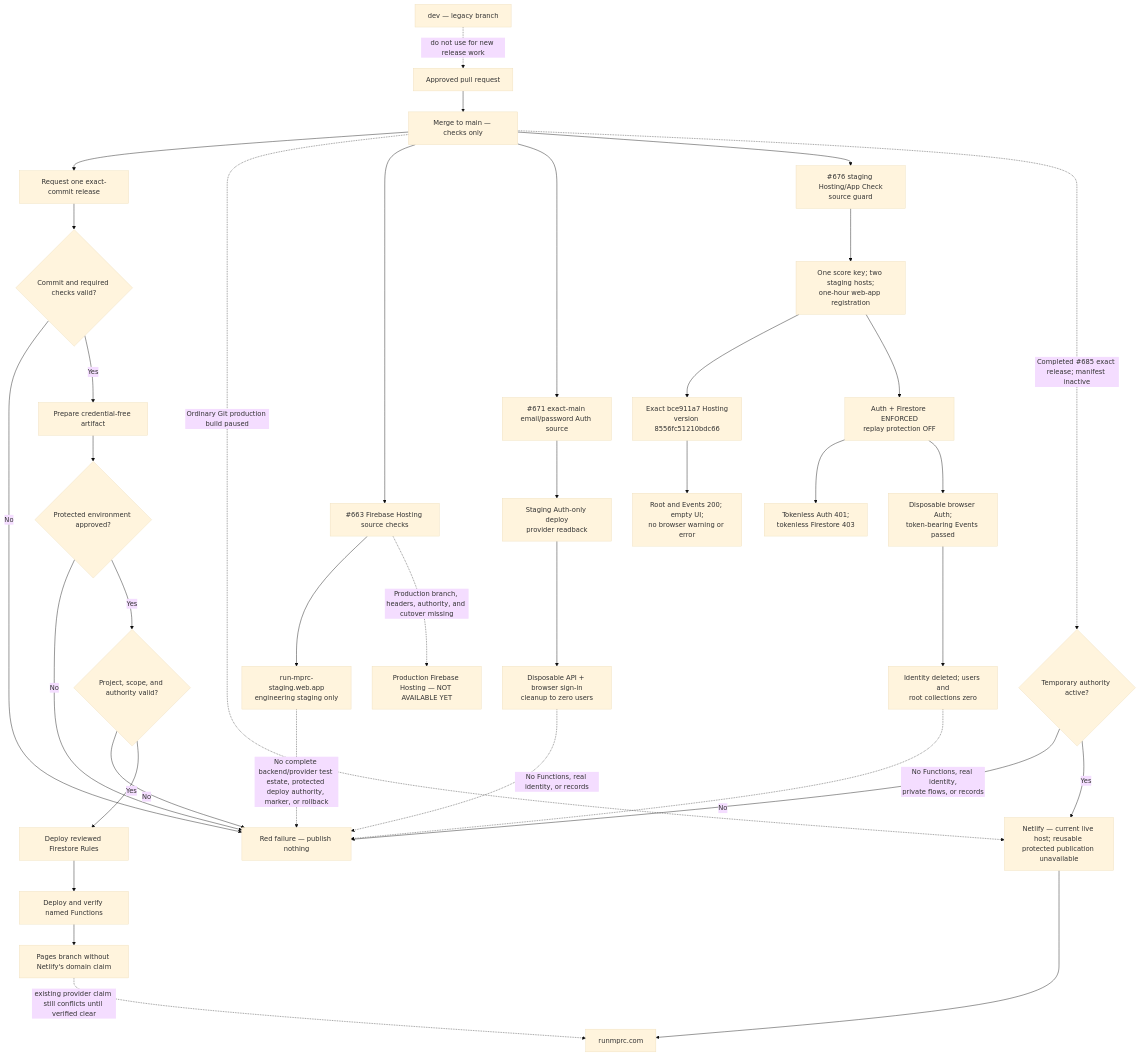
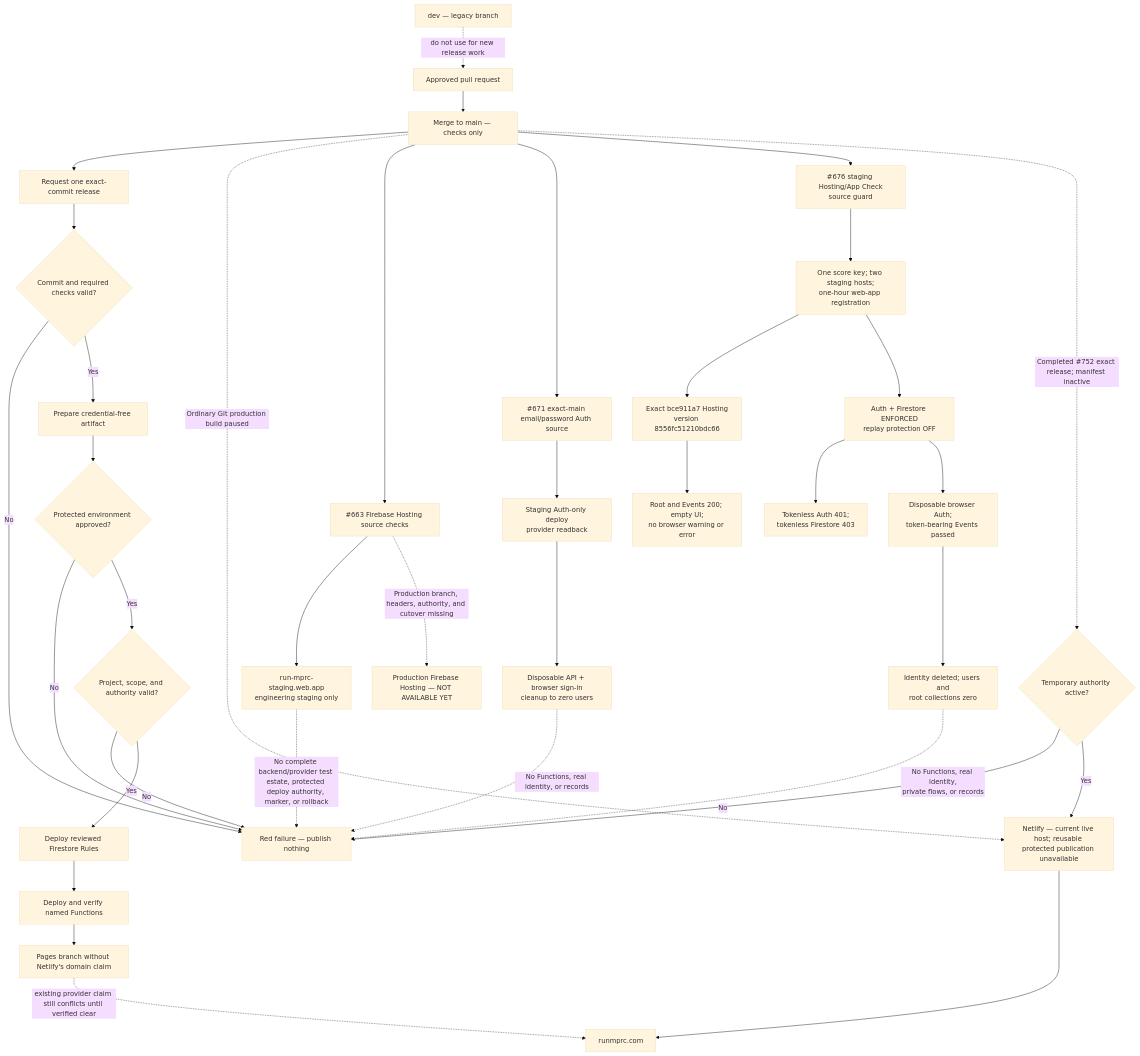
Diagram 16 of 25 in docs/officers/SYSTEM_MAPS.md (Run-MPRC/Run-MPRC.github.io), drawn with Mermaid (base theme) before and after one commit. The commit also changed other lines of this file and 13 other files, not shown here.

````diff
--- a/docs/officers/SYSTEM_MAPS.md
+++ b/docs/officers/SYSTEM_MAPS.md
@@ -266,39 +266,39 @@
 ```mermaid
 flowchart TD
     PR["Approved pull request"] --> Main["Merge to main — checks only"]
     Main --> Request["Request one exact-commit release"]
     Request --> Preflight{"Commit and required checks valid?"}
     Preflight -- "No" --> Stop["Red failure — publish nothing"]
     Preflight -- "Yes" --> Prepare["Prepare credential-free artifact"]
     Prepare --> Approval{"Protected environment approved?"}
     Approval -- "No" --> Stop
     Approval -- "Yes" --> Gate{"Project, scope, and authority valid?"}
     Gate -- "No" --> Stop
     Gate -- "Yes" --> Rules["Deploy reviewed Firestore Rules"]
     Rules --> Functions["Deploy and verify named Functions"]
     Functions --> Pages["Pages branch without Netlify's domain claim"]
     Main -. "Ordinary Git production build paused" .-> Netlify
     Main --> HostingSource["#663 Firebase Hosting source checks"]
     HostingSource --> StagingHosting["run-mprc-staging.web.app\nengineering staging only"]
     Main --> AuthSource["#671 exact-main email/password Auth source"]
     AuthSource --> StagingAuth["Staging Auth-only deploy\nprovider readback"]
     StagingAuth --> AuthProof["Disposable API + browser sign-in\ncleanup to zero users"]
     Main --> AppCheckGuard["#676 staging Hosting/App Check\nsource guard"]
     AppCheckGuard --> AppCheckProvider["One score key; two staging hosts;\none-hour web-app registration"]
     AppCheckProvider --> AppCheckHosting["Exact bce911a7 Hosting\nversion 8556fc51210bdc66"]
     AppCheckProvider --> AppCheckEnforce["Auth + Firestore ENFORCED\nreplay protection OFF"]
     AppCheckHosting --> AppCheckPublicProof["Root and Events 200; empty UI;\nno browser warning or error"]
     AppCheckEnforce --> AppCheckDeny["Tokenless Auth 401;\ntokenless Firestore 403"]
     AppCheckEnforce --> AppCheckBrowser["Disposable browser Auth;\ntoken-bearing Events passed"]
     AppCheckBrowser --> AppCheckCleanup["Identity deleted; users and\nroot collections zero"]
     AppCheckCleanup -. "No Functions, real identity,\nprivate flows, or records" .-> Stop
     AuthProof -. "No Functions, real identity, or records" .-> Stop
     StagingHosting -. "No complete backend/provider test estate, protected deploy authority, marker, or rollback" .-> Stop
     HostingSource -. "Production branch, headers, authority, and cutover missing" .-> FutureHosting["Production Firebase Hosting — NOT AVAILABLE YET"]
-    Main -. "Completed #685 exact release; manifest inactive" .-> WebGate{"Temporary authority active?"}
+    Main -. "Completed #752 exact release; manifest inactive" .-> WebGate{"Temporary authority active?"}
     WebGate -- "No" --> Stop
     WebGate -- "Yes" --> Netlify
     Netlify["Netlify — current live host; reusable protected publication unavailable"] --> Live["runmprc.com"]
     Pages -. "existing provider claim still conflicts until verified clear" .-> Live
     Dev["dev — legacy branch"] -. "do not use for new release work" .-> PR
 ```
````
